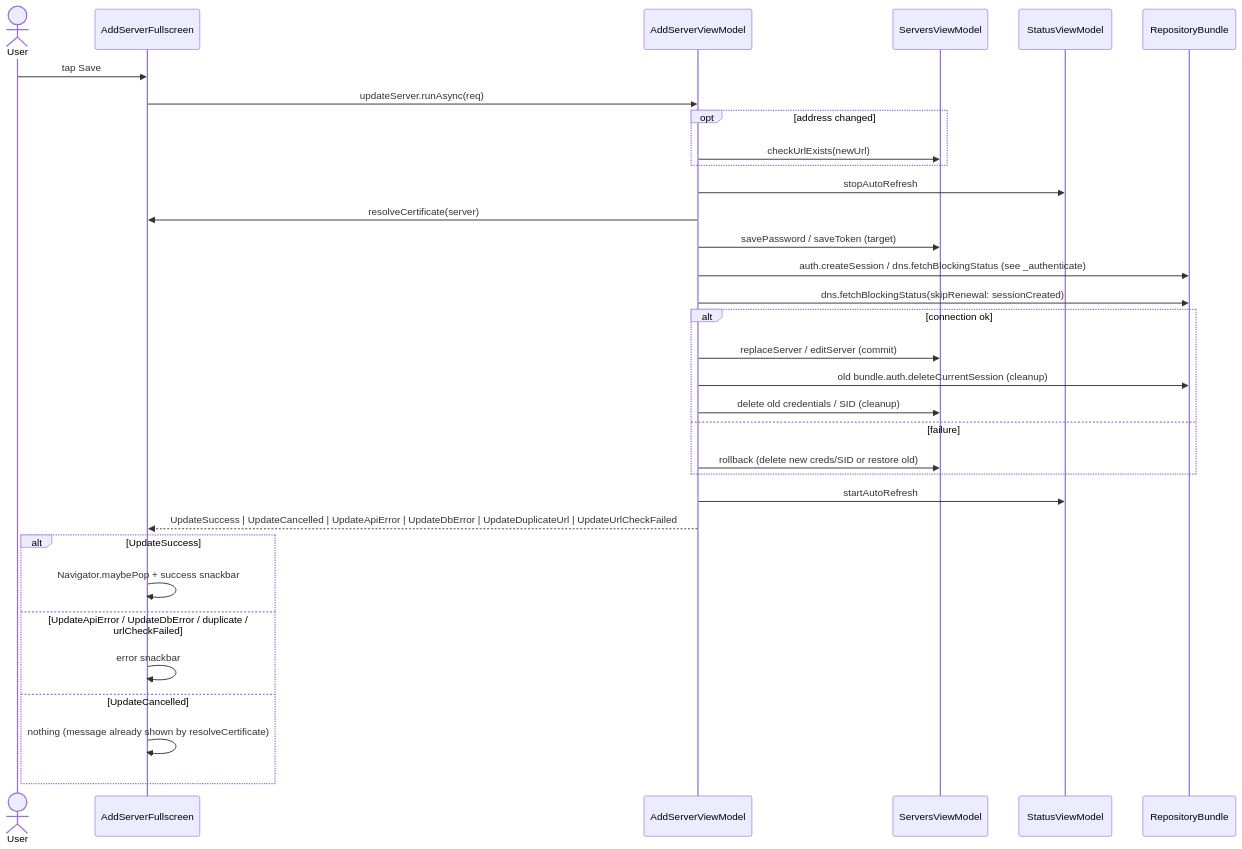
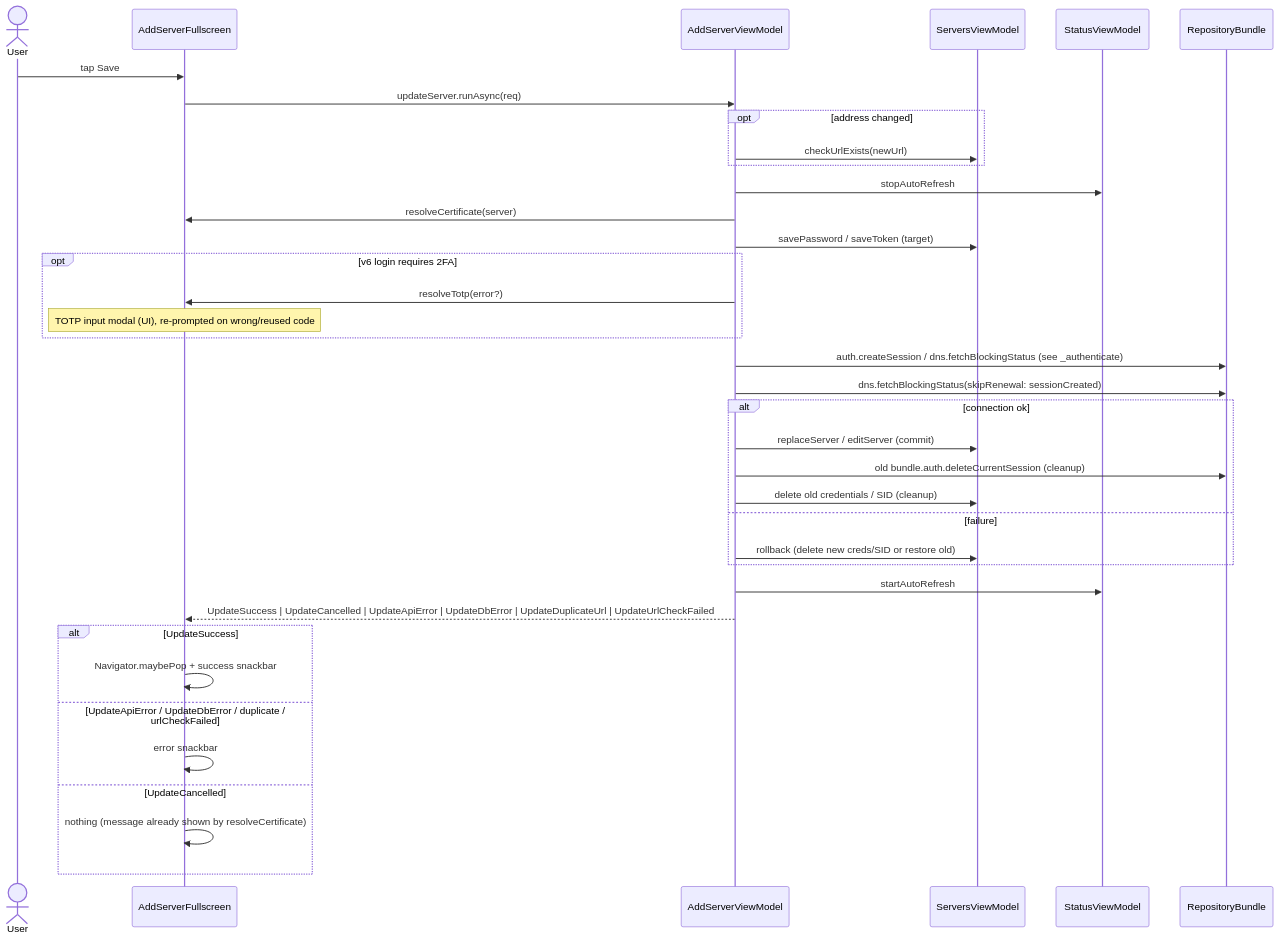
The seventh of 7 diagrams in docs/server-connection-flow.md (tsutsu3/pi-hole-client), drawn with Mermaid before and after one commit. The commit also changed other lines of this file and 57 other files, not shown here.

````diff
--- a/docs/server-connection-flow.md
+++ b/docs/server-connection-flow.md
@@ -145,36 +185,40 @@
 ```mermaid
 sequenceDiagram
   actor U as User
   participant W as AddServerFullscreen
   participant VM as AddServerViewModel
   participant SV as ServersViewModel
   participant ST as StatusViewModel
   participant B as RepositoryBundle
 
   U->>W: tap Save
   W->>VM: updateServer.runAsync(req)
   opt address changed
     VM->>SV: checkUrlExists(newUrl)
   end
   VM->>ST: stopAutoRefresh
   VM->>W: resolveCertificate(server)
   VM->>SV: savePassword / saveToken (target)
+  opt v6 login requires 2FA
+    VM->>W: resolveTotp(error?)
+    Note over W: TOTP input modal (UI), re-prompted on wrong/reused code
+  end
   VM->>B: auth.createSession / dns.fetchBlockingStatus (see _authenticate)
   VM->>B: dns.fetchBlockingStatus(skipRenewal: sessionCreated)
   alt connection ok
     VM->>SV: replaceServer / editServer (commit)
     VM->>B: old bundle.auth.deleteCurrentSession (cleanup)
     VM->>SV: delete old credentials / SID (cleanup)
   else failure
     VM->>SV: rollback (delete new creds/SID or restore old)
   end
   VM->>ST: startAutoRefresh
   VM-->>W: UpdateSuccess | UpdateCancelled | UpdateApiError | UpdateDbError | UpdateDuplicateUrl | UpdateUrlCheckFailed
   alt UpdateSuccess
     W->>W: Navigator.maybePop + success snackbar
   else UpdateApiError / UpdateDbError / duplicate / urlCheckFailed
     W->>W: error snackbar
   else UpdateCancelled
     W->>W: nothing (message already shown by resolveCertificate)
   end
 ```
````
